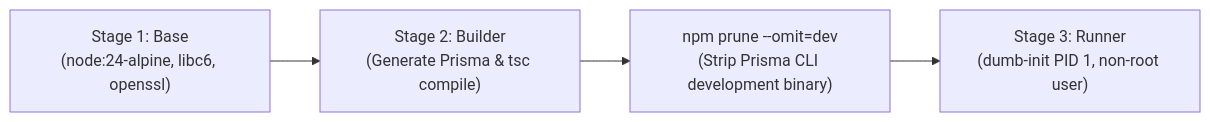
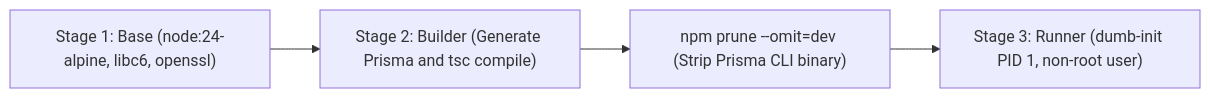
One commit to utkarshj014/authsphere changed the third of 4 diagrams in docs/DEPLOYMENT.md. Above: the diagram before and after it, drawn with Mermaid. The commit also changed other lines of this file and 18 other files, not shown here.

````diff
--- a/docs/DEPLOYMENT.md
+++ b/docs/DEPLOYMENT.md
@@ -165,6 +207,7 @@
 ```mermaid
 flowchart LR
-    Base["Stage 1: Base<br/>(node:24-alpine, libc6, openssl)"] --> Builder["Stage 2: Builder<br/>(Generate Prisma & tsc compile)"]
-    Builder --> Prune["npm prune --omit=dev<br/>(Strip Prisma CLI development binary)"]
-    Prune --> Runner["Stage 3: Runner<br/>(dumb-init PID 1, non-root user)"]
+    Base["Stage 1: Base (node:24-alpine, libc6, openssl)"] --> Builder["Stage 2: Builder (Generate Prisma and tsc compile)"]
+    Builder --> Prune["npm prune --omit=dev (Strip Prisma CLI binary)"]
+    Runner["Stage 3: Runner (dumb-init PID 1, non-root user)"]
+    Prune --> Runner
 ```
````
